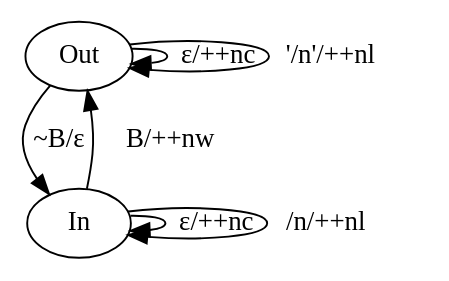
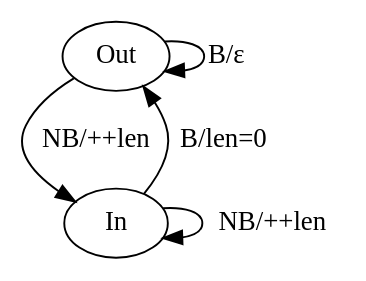
Before and after one commit to JuanManuelRama/SSL: the diagram in 03-Historigrama/histograma.gv, drawn with Graphviz. The commit also changed 2 other files, not shown here.

```diff
--- a/03-Historigrama/histograma.gv
+++ b/03-Historigrama/histograma.gv
@@ -1,8 +1,6 @@
 digraph H{
-    Out->Out[label="ε/++nc"];
-    Out->Out[label ="'/n'/++nl"]
-    Out->In [label="~B/ε"];
-    In->Out[label="   B/++nw"];
-    In->In[label="ε/++nc"];
-    In->In[ label=" /n/++nl"];
+    Out->In[label="NB/++len"];
+    Out->Out[label="B/ε"];
+    In->Out[label="B/len=0"]
+    In->In[label="NB/++len"];
 }
```
